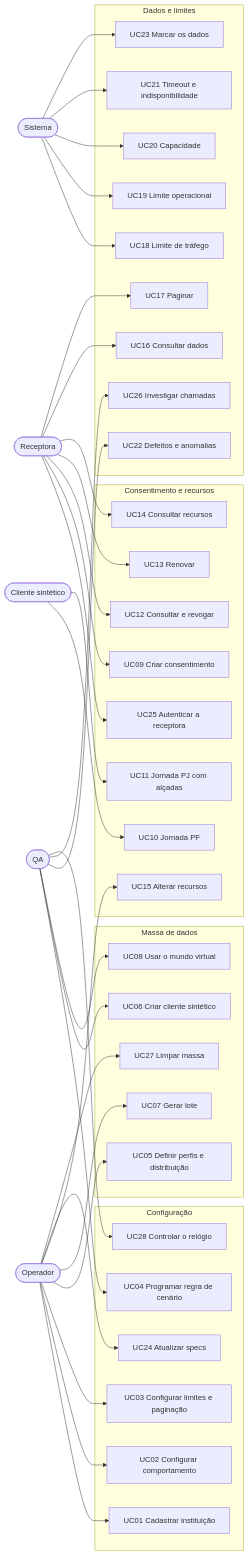
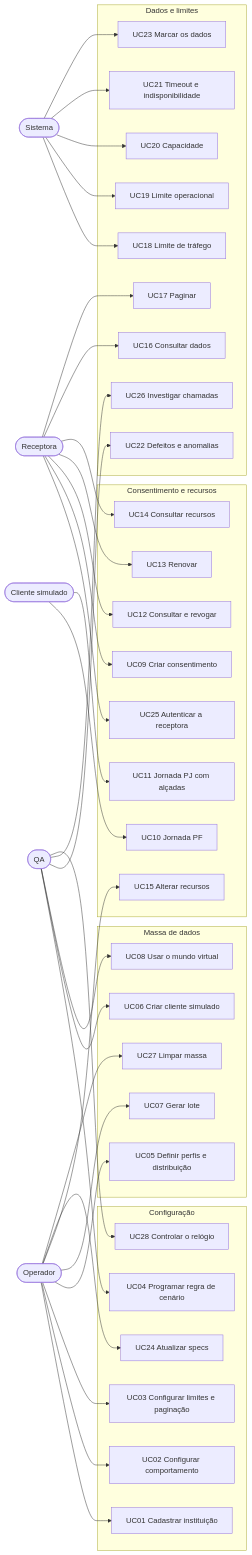
Before and after one commit to marcelosotto/open-finance-simulator: the diagram in docs/01-requisitos/casos-de-uso/README.md, drawn with Mermaid. The commit also changed other lines of this file and 17 other files, not shown here.

````diff
--- a/docs/01-requisitos/casos-de-uso/README.md
+++ b/docs/01-requisitos/casos-de-uso/README.md
@@ -18,51 +18,51 @@
 ```mermaid
 flowchart LR
   O([Operador])
   Q([QA])
   R([Receptora])
-  C([Cliente sintético])
+  C([Cliente simulado])
   S([Sistema])
 
   subgraph Config["Configuração"]
     UC01[UC01 Cadastrar instituição]
     UC02[UC02 Configurar comportamento]
     UC03[UC03 Configurar limites e paginação]
     UC04[UC04 Programar regra de cenário]
     UC24[UC24 Atualizar specs]
     UC28[UC28 Controlar o relógio]
   end
   subgraph Massa["Massa de dados"]
     UC05[UC05 Definir perfis e distribuição]
-    UC06[UC06 Criar cliente sintético]
+    UC06[UC06 Criar cliente simulado]
     UC07[UC07 Gerar lote]
     UC08[UC08 Usar o mundo virtual]
     UC27[UC27 Limpar massa]
   end
   subgraph Cons["Consentimento e recursos"]
     UC25[UC25 Autenticar a receptora]
     UC09[UC09 Criar consentimento]
     UC10[UC10 Jornada PF]
     UC11[UC11 Jornada PJ com alçadas]
     UC12[UC12 Consultar e revogar]
     UC13[UC13 Renovar]
     UC14[UC14 Consultar recursos]
     UC15[UC15 Alterar recursos]
   end
   subgraph APIs["Dados e limites"]
     UC16[UC16 Consultar dados]
     UC17[UC17 Paginar]
     UC18[UC18 Limite de tráfego]
     UC19[UC19 Limite operacional]
     UC20[UC20 Capacidade]
     UC21[UC21 Timeout e indisponibilidade]
     UC22[UC22 Defeitos e anomalias]
     UC23[UC23 Marcar os dados]
     UC26[UC26 Investigar chamadas]
   end
 
   O --> UC01 & UC02 & UC03 & UC05 & UC07 & UC15 & UC24 & UC27
   Q --> UC04 & UC06 & UC08 & UC22 & UC26 & UC28
   R --> UC25 & UC09 & UC12 & UC13 & UC14 & UC16 & UC17
   C --> UC10 & UC11
   S --> UC18 & UC19 & UC20 & UC21 & UC23
 ```
````
